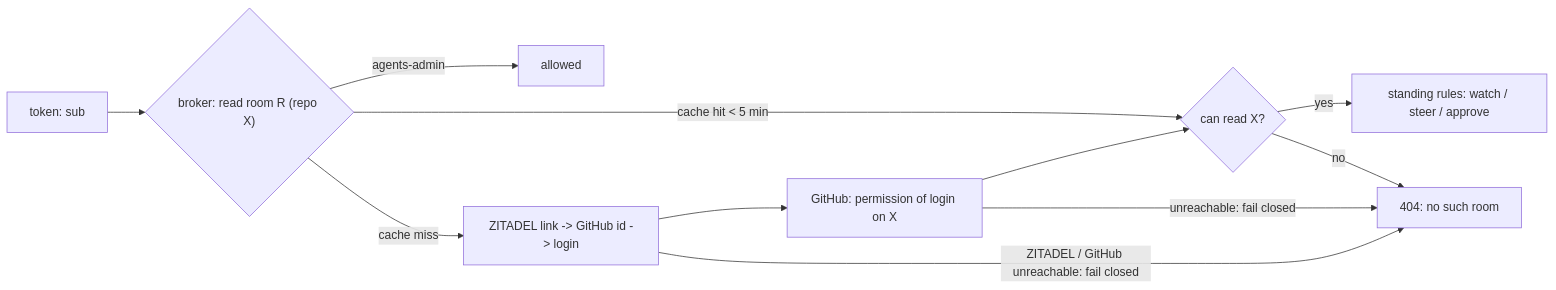
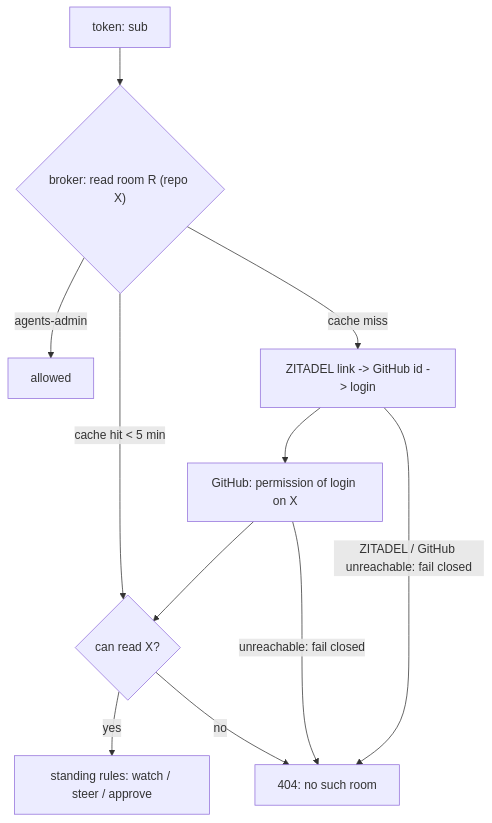
Before and after one commit to Smana/ai-native-ref: the diagram in website/content/docs/decisions/0056-local-first-factory-ux.md, drawn with Mermaid. The commit also changed 4 other files, not shown here.

First line of the commit message:
docs(site): reshape the long mermaid diagrams so they read at page width (#278)

````diff
--- a/website/content/docs/decisions/0056-local-first-factory-ux.md
+++ b/website/content/docs/decisions/0056-local-first-factory-ux.md
@@ -72,11 +72,11 @@
 ```mermaid
-flowchart LR
+flowchart TB
   T["token: sub"] --> B{"broker: read room R (repo X)"}
   B -->|agents-admin| OK["allowed"]
   B -->|cache hit < 5 min| C{"can read X?"}
   B -->|cache miss| L["ZITADEL link -> GitHub id -> login"] --> G["GitHub: permission of login on X"] --> C
   L -->|ZITADEL / GitHub unreachable: fail closed| D
   G -->|unreachable: fail closed| D
   C -->|yes| S["standing rules: watch / steer / approve"]
   C -->|no| D["404: no such room"]
 ```
````
